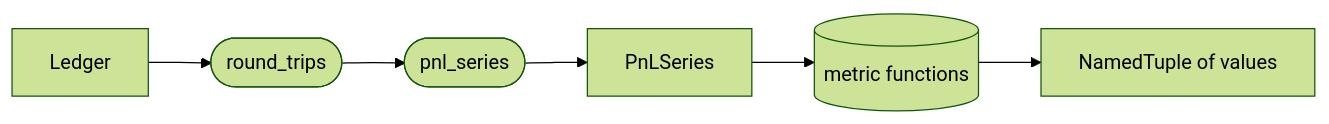
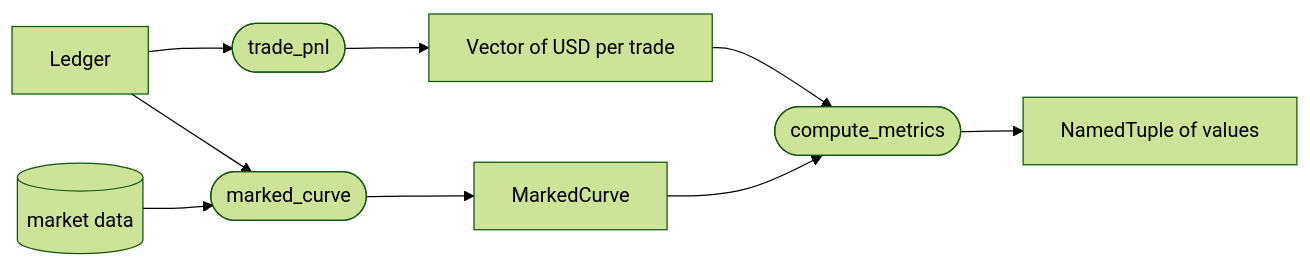
Before and after one commit to aleCombi/VolSurfaceAnalysis.jl: the diagram in docs/modules/metrics.md, drawn with Mermaid (forest theme). The commit also changed other lines of this file and 41 other files, not shown here.

````diff
--- a/docs/modules/metrics.md
+++ b/docs/modules/metrics.md
@@ -11,8 +31,11 @@
 ```mermaid
 flowchart LR
-    Ledger[Ledger] --> RT([round_trips])
-    RT --> PS([pnl_series])
-    PS --> Series[PnLSeries]
-    Series --> Metrics[(metric functions)]
-    Metrics --> NT[NamedTuple of values]
+    Ledger[Ledger] --> TP([trade_pnl])
+    TP --> Trades[Vector of USD per trade]
+    Ledger --> MC([marked_curve])
+    Data[(market data)] --> MC
+    MC --> Curve[MarkedCurve]
+    Trades --> CM([compute_metrics])
+    Curve --> CM
+    CM --> NT[NamedTuple of values]
 ```
````
